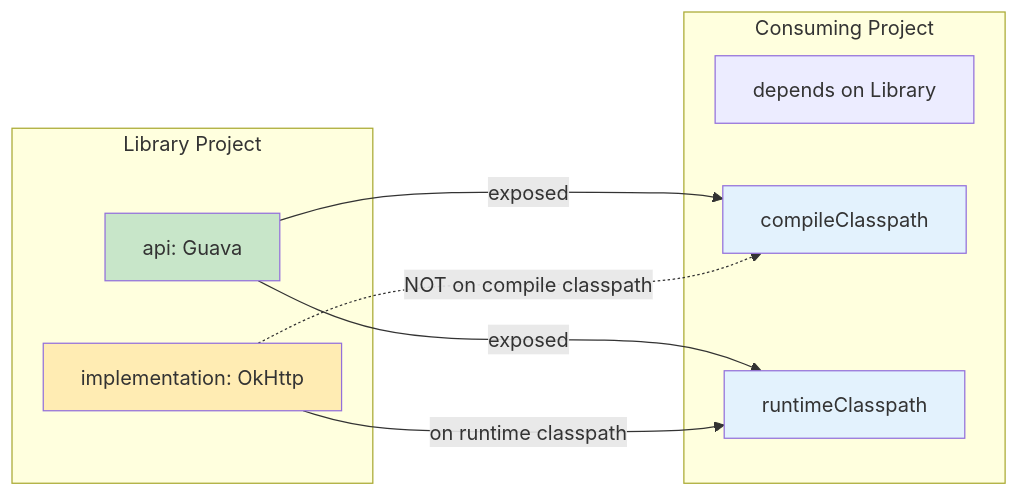
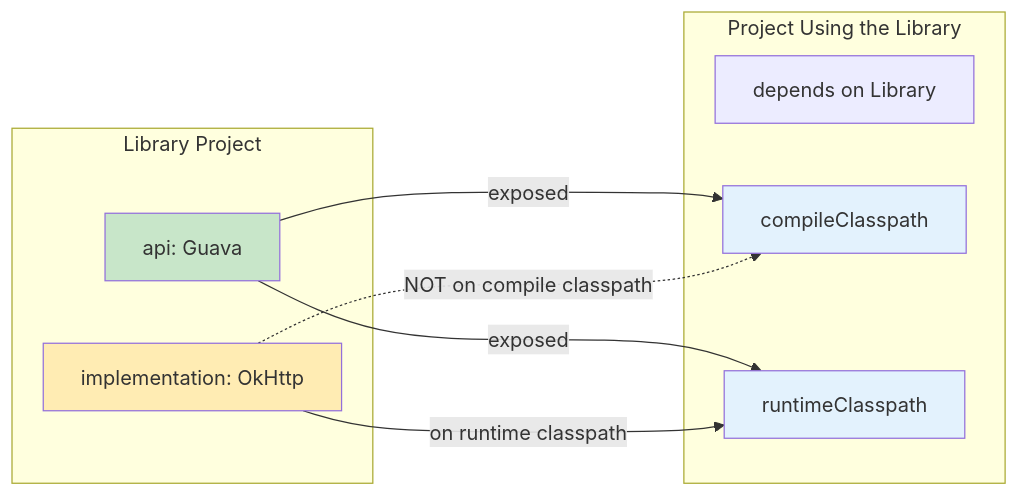
Before and after one commit to DataDog/dd-trace-java: the second of 4 diagrams in docs/how_to_work_with_gradle.md, drawn with Mermaid. The commit also changed other lines of this file, not shown here.

Commit message:
docs: explain alternatives to cross-project configuration

````diff
--- a/docs/how_to_work_with_gradle.md
+++ b/docs/how_to_work_with_gradle.md
@@ -648,23 +649,23 @@
 ```mermaid
 graph LR
     subgraph "Library Project"
         api_dep[api: Guava]
         impl_dep[implementation: OkHttp]
     end
 
-    subgraph "Consuming Project"
+    subgraph "Project Using the Library"
         consumer[depends on Library]
         compile[compileClasspath]
         runtime[runtimeClasspath]
     end
 
     api_dep -->|"exposed"| compile
     api_dep -->|"exposed"| runtime
     impl_dep -.->|"NOT on compile classpath"| compile
     impl_dep -->|"on runtime classpath"| runtime
 
     style api_dep fill:#c8e6c9
     style impl_dep fill:#ffecb3
     style compile fill:#e3f2fd
     style runtime fill:#e3f2fd
 ```
````
